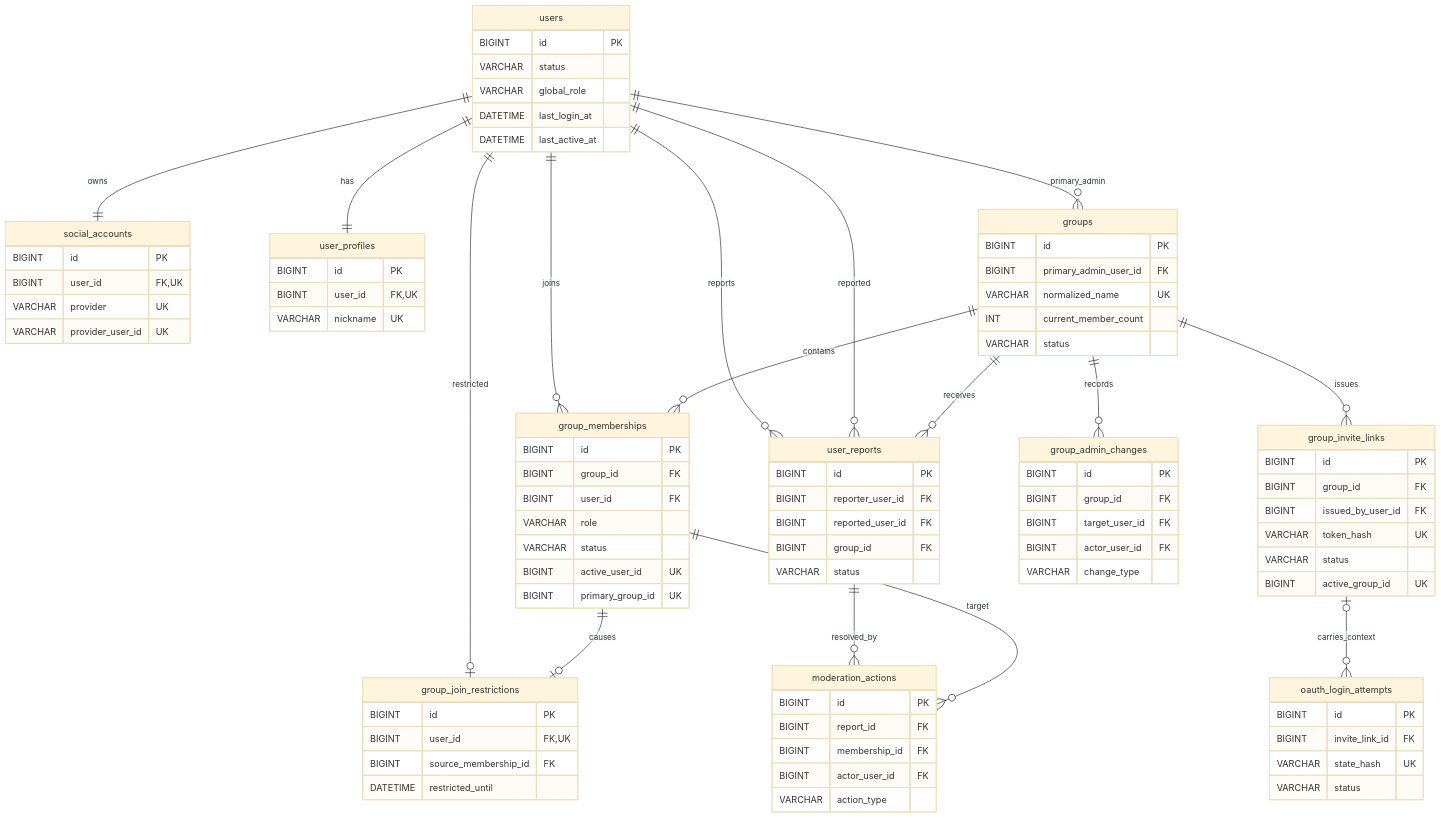
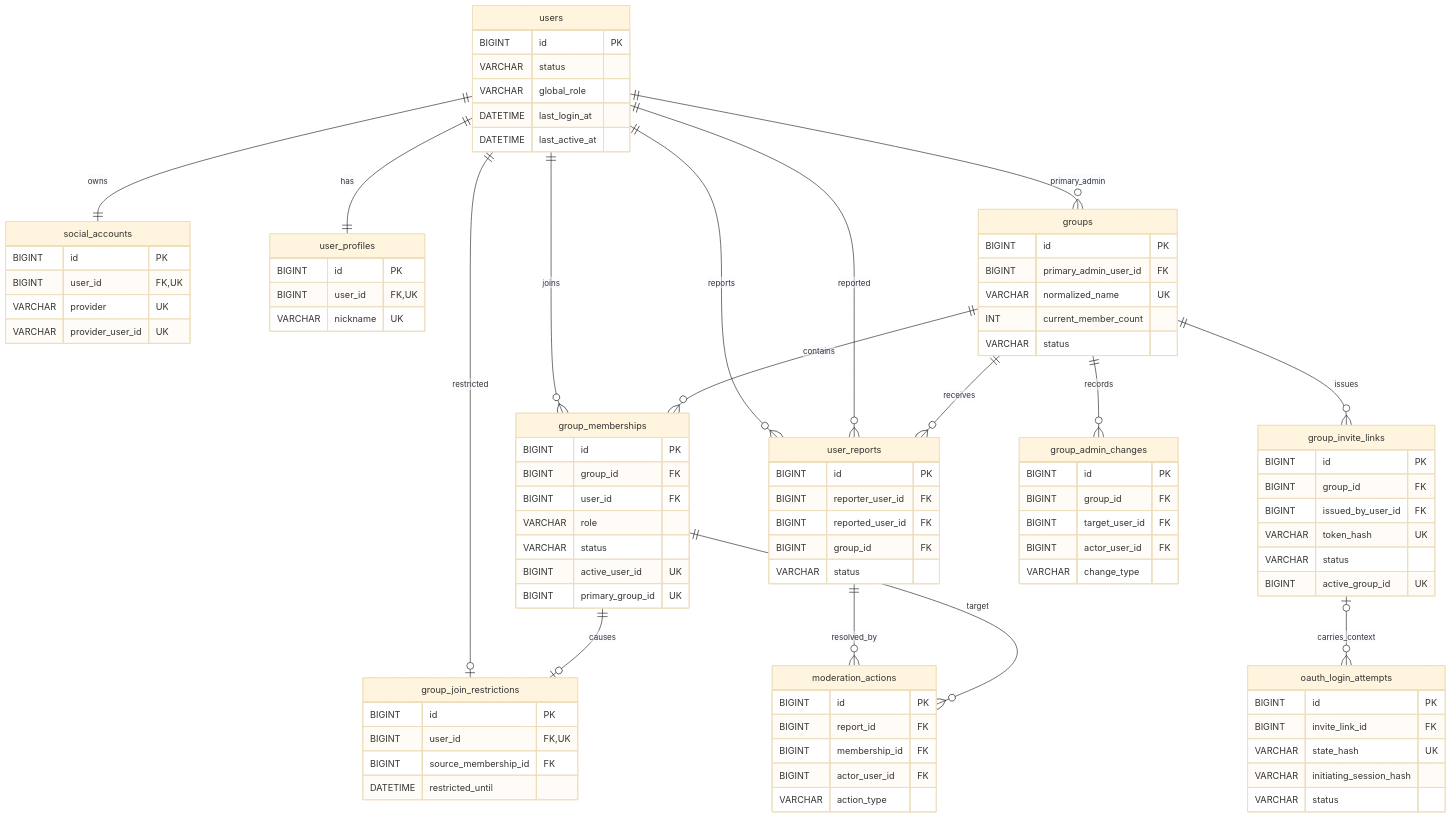
Before and after one commit to heebaek200/shared-creature-game: the first of 5 diagrams in docs/database-design.md, drawn with Mermaid (base theme). The commit also changed other lines of this file and 11 other files, not shown here.

```diff
--- a/docs/database-design.md
+++ b/docs/database-design.md
@@ -115,6 +115,7 @@
         BIGINT id PK
         BIGINT invite_link_id FK
         VARCHAR state_hash UK
+        VARCHAR initiating_session_hash
         VARCHAR status
     }
     groups {
```
